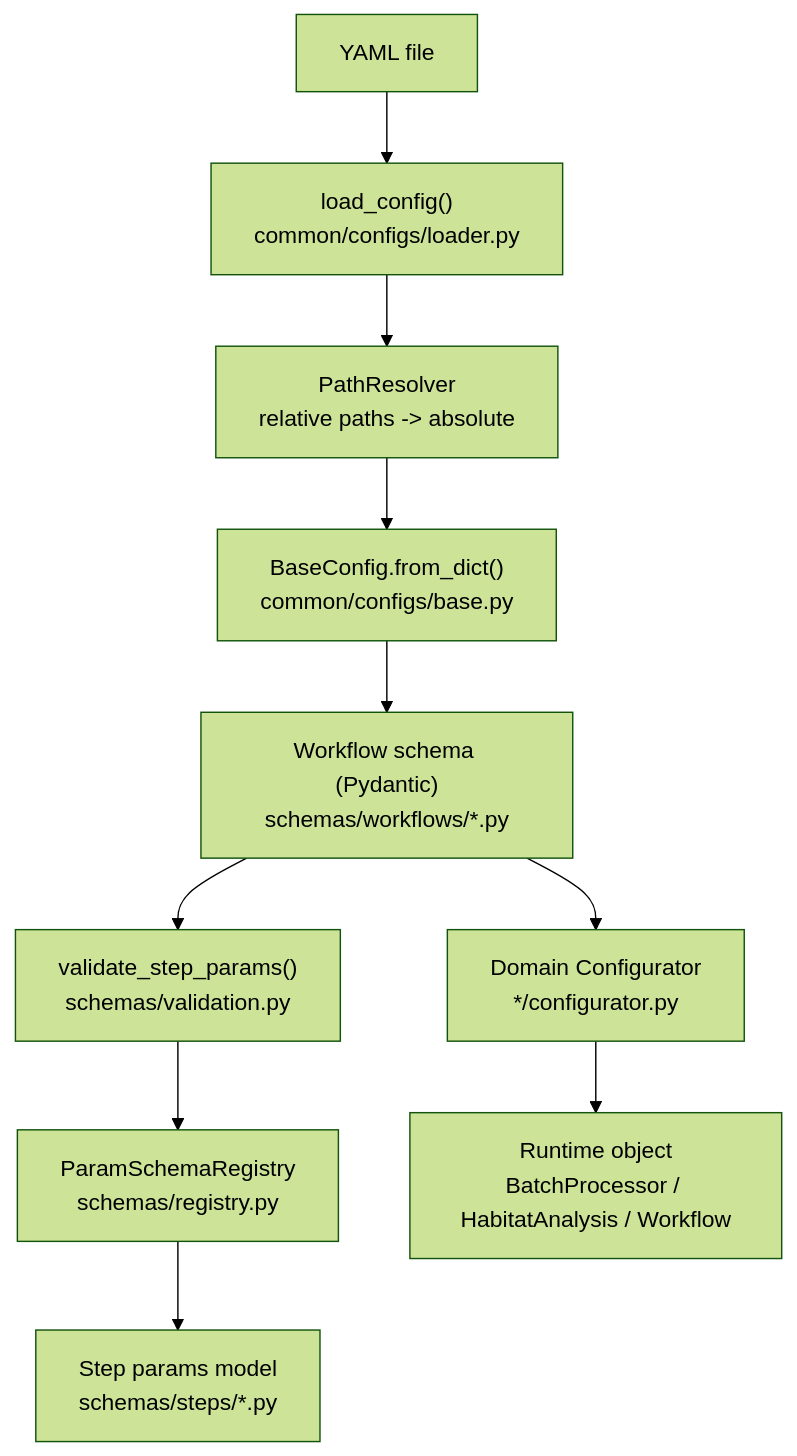
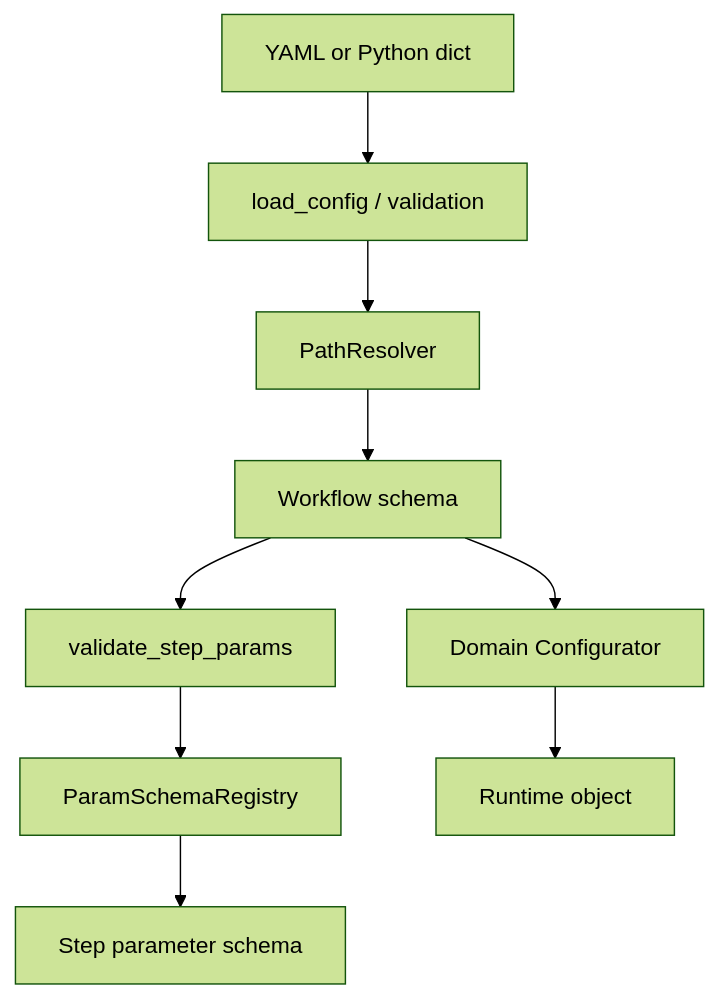
Before and after one commit to lichao312214129/HABIT: the diagram in docs/source/development/configuration_system.rst, drawn with Mermaid (forest theme). The commit also changed other lines of this file and 12 other files, not shown here.

```diff
--- a/docs/source/development/configuration_system.rst
+++ b/docs/source/development/configuration_system.rst
@@ -9,12 +11,11 @@
 .. mermaid::
 
    flowchart TD
-     Y["YAML file"] --> LC["load_config()<br/>common/configs/loader.py"]
-     LC --> PR["PathResolver<br/>relative paths -> absolute"]
-     PR --> FD["BaseConfig.from_dict()<br/>common/configs/base.py"]
-     FD --> WF["Workflow schema (Pydantic)<br/>schemas/workflows/*.py"]
-     WF --> VP["validate_step_params()<br/>schemas/validation.py"]
-     VP --> REG["ParamSchemaRegistry<br/>schemas/registry.py"]
-     REG --> SP["Step params model<br/>schemas/steps/*.py"]
-     WF --> CFG["Domain Configurator<br/>*/configurator.py"]
-     CFG --> OBJ["Runtime object<br/>BatchProcessor / HabitatAnalysis / Workflow"]
+     Y["YAML or Python dict"] --> L["load_config / validation"]
+     L --> P["PathResolver"]
+     P --> W["Workflow schema"]
+     W --> V["validate_step_params"]
+     V --> R["ParamSchemaRegistry"]
+     R --> S["Step parameter schema"]
+     W --> C["Domain Configurator"]
+     C --> O["Runtime object"]
```
